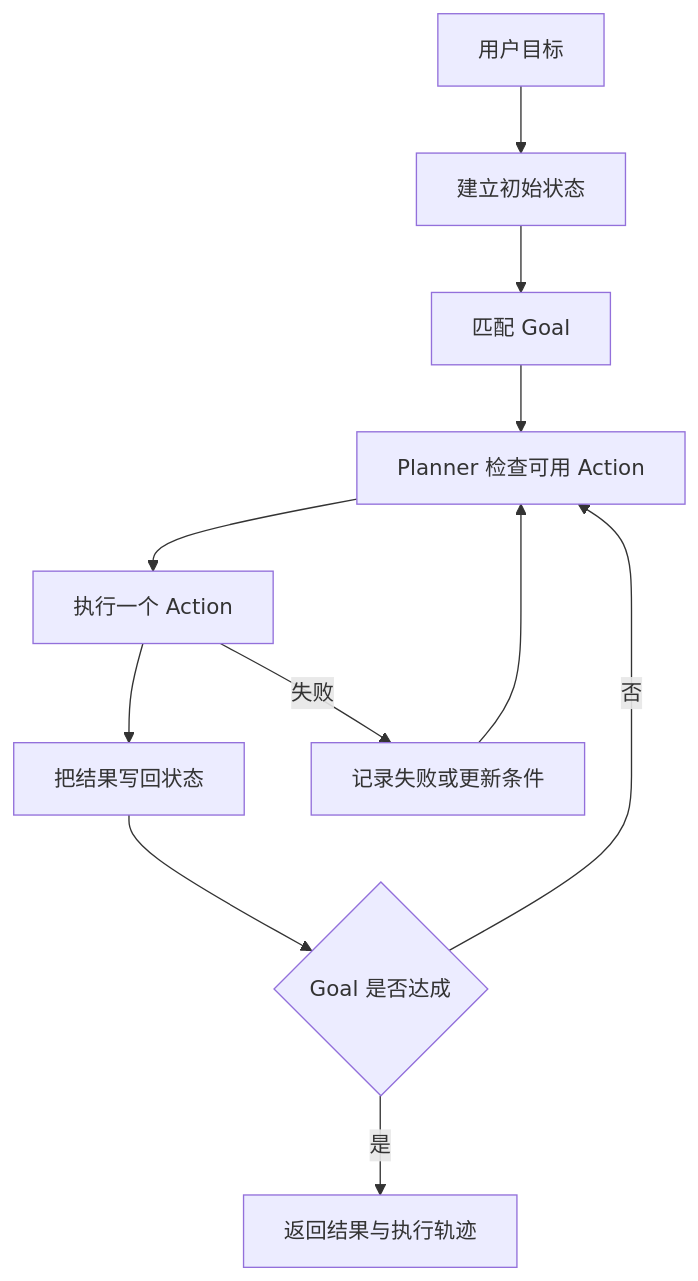
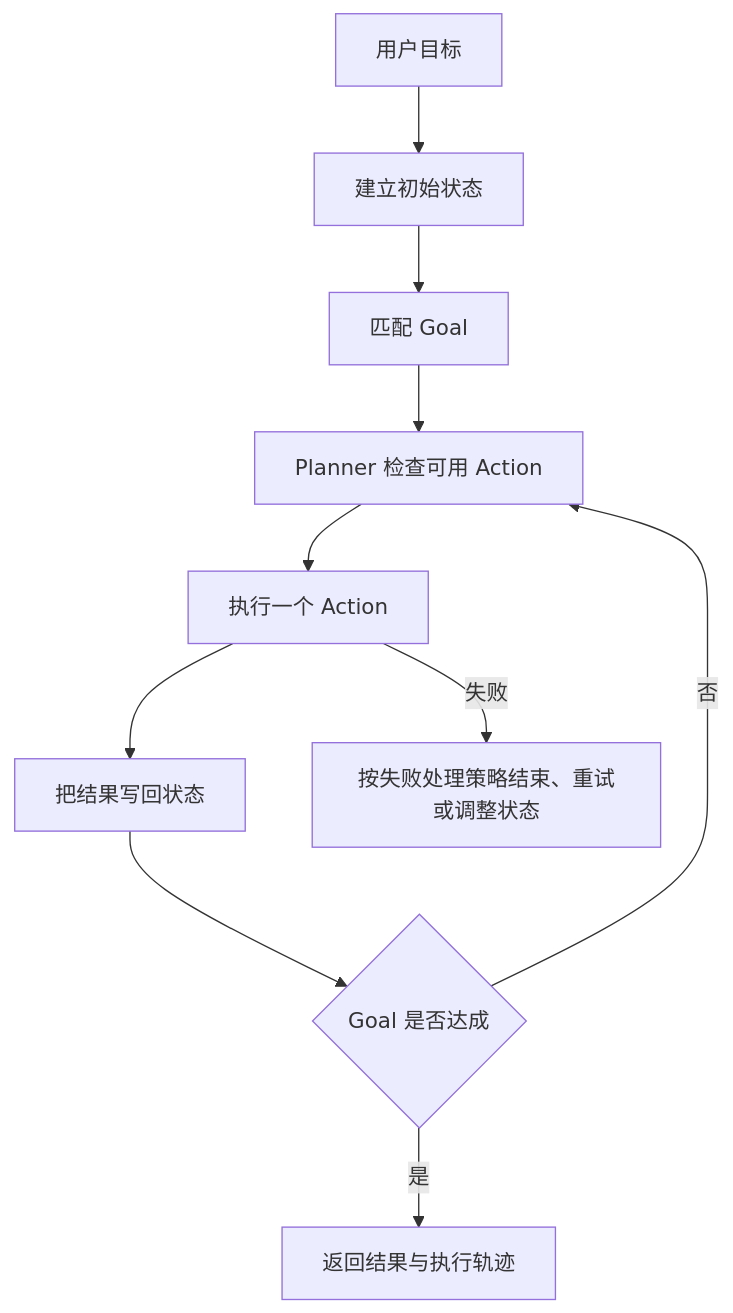
One commit to GuoWWWX/knowledge-base changed the first of 2 diagrams in 10-AI应用开发/02-框架-SpringAI与LangChain4j/EmbabelAgent/01-Embabel-Agent概览与桌面Agent选型.md. Above: the diagram before and after it, drawn with Mermaid. The commit also changed other lines of this file and 368 other files, not shown here.

````diff
--- a/10-AI应用开发/02-框架-SpringAI与LangChain4j/EmbabelAgent/01-Embabel-Agent概览与桌面Agent选型.md
+++ b/10-AI应用开发/02-框架-SpringAI与LangChain4j/EmbabelAgent/01-Embabel-Agent概览与桌面Agent选型.md
@@ -85,13 +82,12 @@
 ```mermaid
 flowchart TD
     A[用户目标] --> B[建立初始状态]
     B --> C[匹配 Goal]
     C --> D[Planner 检查可用 Action]
     D --> E[执行一个 Action]
     E --> F[把结果写回状态]
     F --> G{Goal 是否达成}
     G -->|否| D
     G -->|是| H[返回结果与执行轨迹]
-    E -->|失败| I[记录失败或更新条件]
-    I --> D
+    E -->|失败| I[按失败处理策略结束、重试或调整状态]
 ```
````
